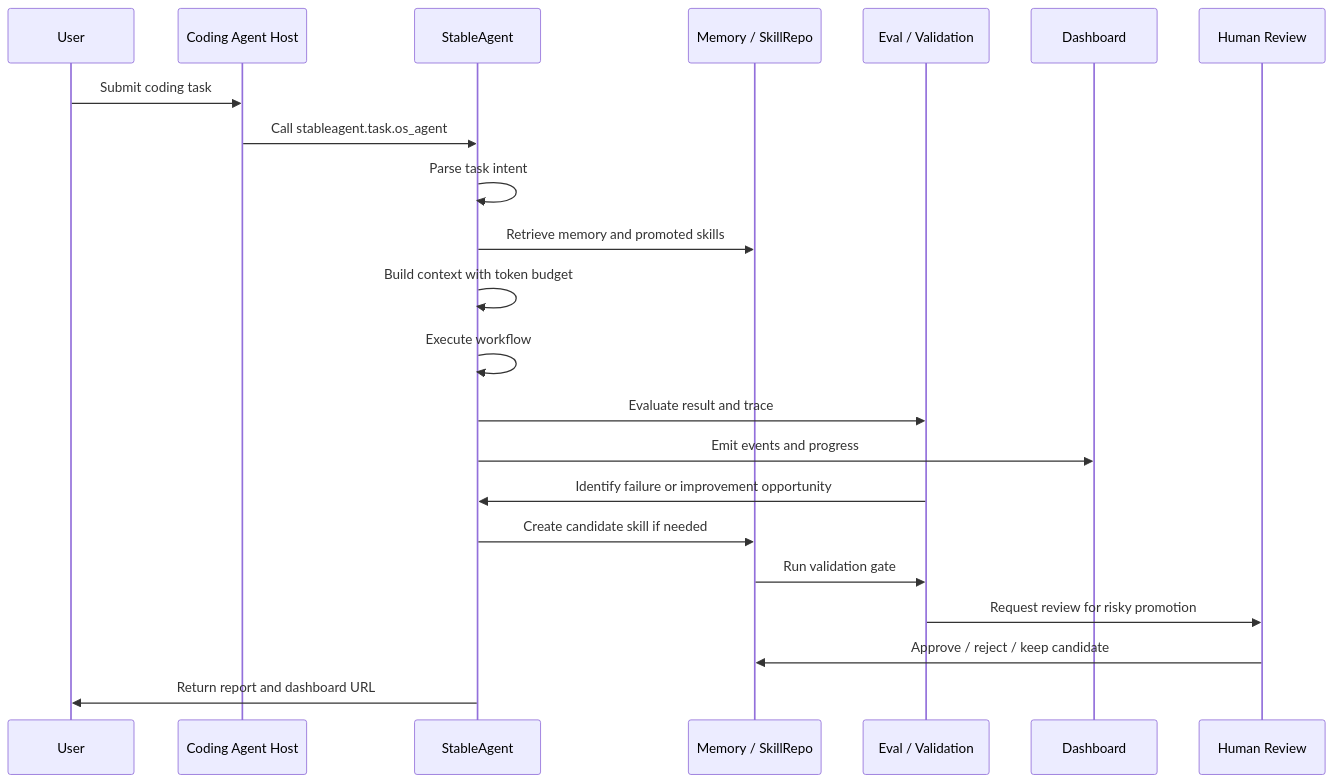
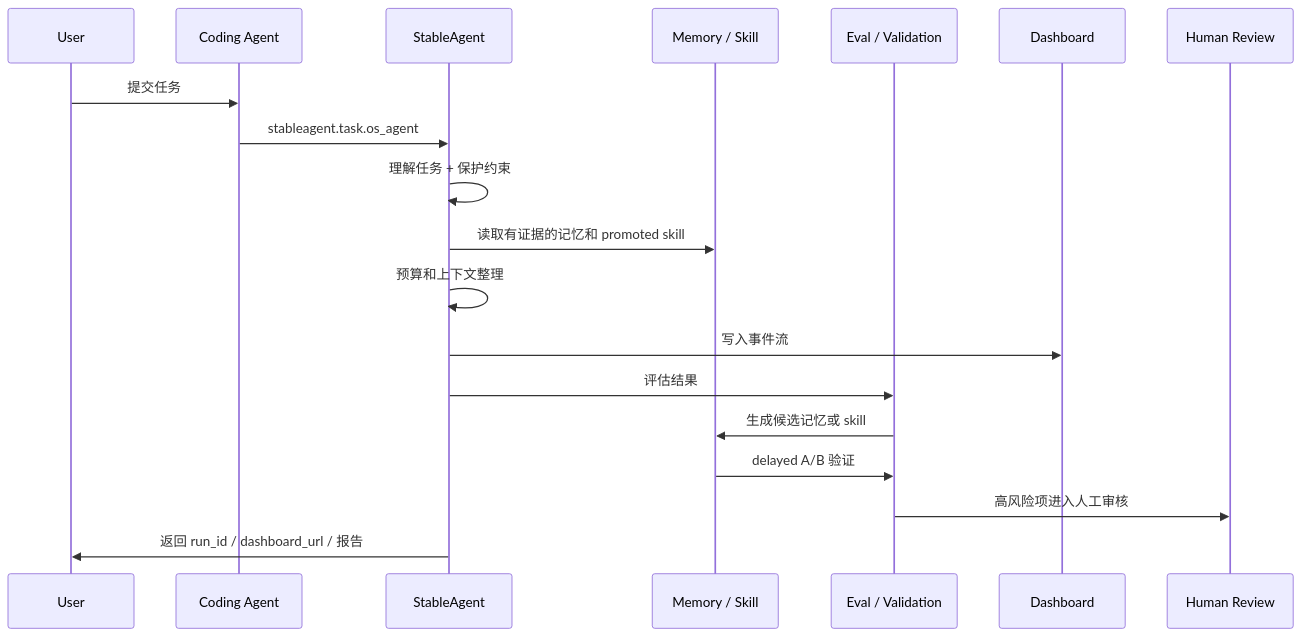
Before and after one commit to liuanye9-lab/OS-Agent: the second of 3 diagrams in README.md, drawn with Mermaid. The commit also changed other lines of this file and 3 other files, not shown here.

````diff
--- a/README.md
+++ b/README.md
@@ -523,25 +59,22 @@
 ```mermaid
 sequenceDiagram
     participant U as User
-    participant H as Coding Agent Host
+    participant H as Coding Agent
     participant S as StableAgent
-    participant M as Memory / SkillRepo
+    participant M as Memory / Skill
     participant E as Eval / Validation
     participant D as Dashboard
     participant R as Human Review
 
-    U->>H: Submit coding task
-    H->>S: Call stableagent.task.os_agent
-    S->>S: Parse task intent
-    S->>M: Retrieve memory and promoted skills
-    S->>S: Build context with token budget
-    S->>S: Execute workflow
-    S->>E: Evaluate result and trace
-    S->>D: Emit events and progress
-    E->>S: Identify failure or improvement opportunity
-    S->>M: Create candidate skill if needed
-    M->>E: Run validation gate
-    E->>R: Request review for risky promotion
-    R->>M: Approve / reject / keep candidate
-    S->>U: Return report and dashboard URL
+    U->>H: 提交任务
+    H->>S: stableagent.task.os_agent
+    S->>S: 理解任务 + 保护约束
+    S->>M: 读取有证据的记忆和 promoted skill
+    S->>S: 预算和上下文整理
+    S->>D: 写入事件流
+    S->>E: 评估结果
+    E->>M: 生成候选记忆或 skill
+    M->>E: delayed A/B 验证
+    E->>R: 高风险项进入人工审核
+    S->>U: 返回 run_id / dashboard_url / 报告
 ```
````
